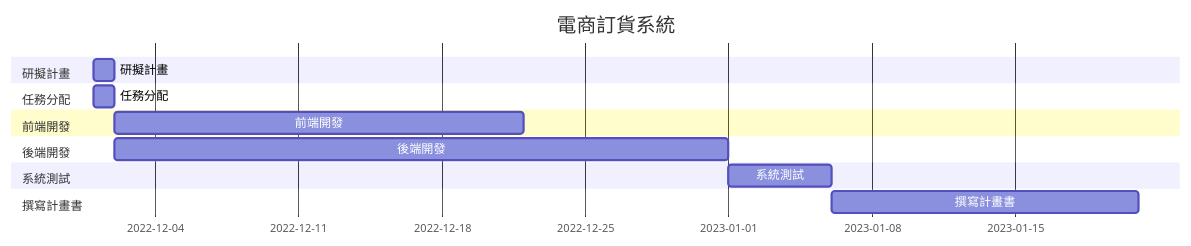
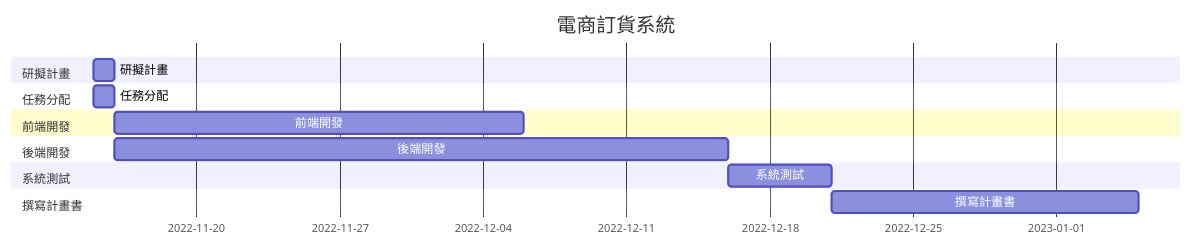
The diagram in README.md (Hsxxnil/SystemAnalysis-group15), drawn with Mermaid before and after one commit.

````diff
--- a/README.md
+++ b/README.md
@@ -19,21 +19,21 @@
 ```mermaid
 gantt
     title 電商訂貨系統
     section 研擬計畫
-    研擬計畫:a1, 2022-12-1, 1d
+    研擬計畫:a1, 2022-11-15, 1d
     
     section 任務分配
-    任務分配:a2,2022-12-1, 1d
+    任務分配:a2,2022-11-15, 1d
     
     section 前端開發
     前端開發:a3,after a2,20d
     
     section 後端開發
     後端開發:a4,after a2, 30d
     
     section 系統測試
     系統測試:a5,after a4, 5d
     
     section 撰寫計畫書
     撰寫計畫書:a6,after a5, 15d
 ```
````
